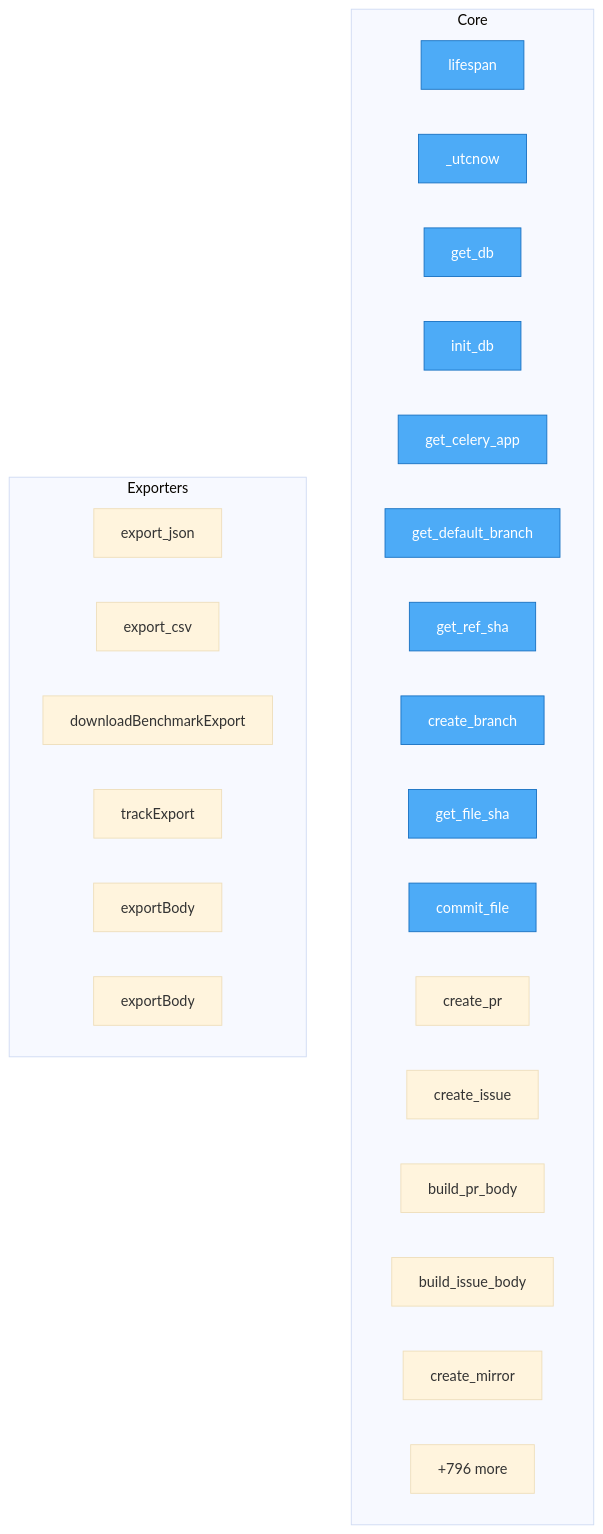
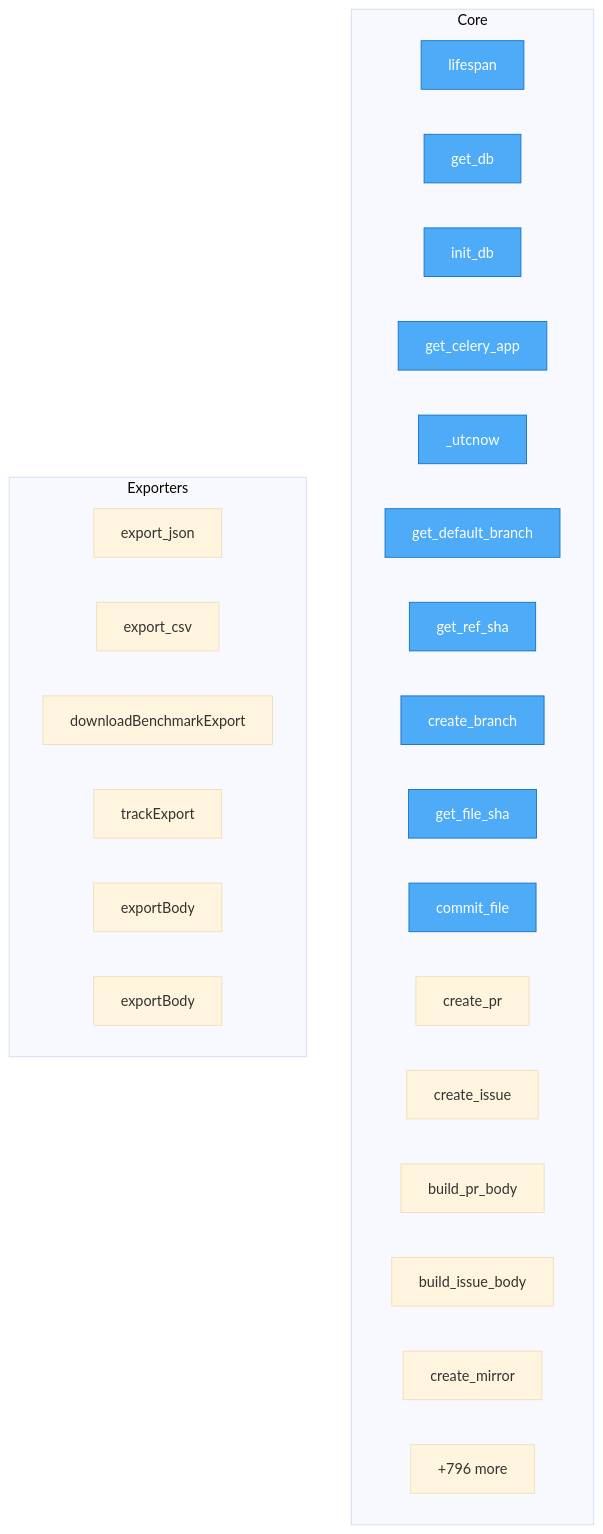
Before and after one commit to semcod/www: the diagram in project/flow.mmd, drawn with Mermaid (base theme). The commit also changed 11 other files, not shown here.

```diff
--- a/project/flow.mmd
+++ b/project/flow.mmd
@@ -1,34 +1,34 @@
 flowchart TD
 
     %% Entry points (blue)
     classDef entry fill:#4dabf7,stroke:#1971c2,color:#fff
 
     subgraph Core
         backend__server__lifespan["lifespan"]
-        backend__db_models___utcnow["_utcnow"]
         backend__db_session__get_db["get_db"]
         backend__db_session__init_db["init_db"]
         backend__worker__get_celery_app["get_celery_app"]
+        backend__db_models___utcnow["_utcnow"]
         backend__services__autopr_helpers__BranchManager__get_default_branch["get_default_branch"]
         backend__services__autopr_helpers__BranchManager__get_ref_sha["get_ref_sha"]
         backend__services__autopr_helpers__BranchManager__create_branch["create_branch"]
         backend__services__autopr_helpers__PatchApplier__get_file_sha["get_file_sha"]
         backend__services__autopr_helpers__PatchApplier__commit_file["commit_file"]
         backend__services__autopr_helpers__PRCreator__create_pr["create_pr"]
         backend__services__autopr_helpers__PRCreator__create_issue["create_issue"]
         backend__services__autopr_helpers__PRCreator__build_pr_body["build_pr_body"]
         backend__services__autopr_helpers__PRCreator__build_issue_body["build_issue_body"]
         backend__services__mirror__MirrorService__create_mirror["create_mirror"]
         ...["+796 more"]
     end
 
     subgraph Exporters
         backend__routers__benchmark__export_json["export_json"]
         backend__routers__benchmark__export_csv["export_csv"]
         frontend__src__api__downloadBenchmarkExport["downloadBenchmarkExport"]
         frontend__src__hooks__useBenchmarkTracking__trackExport["trackExport"]
         frontend__e2e__benchmark__spec__exportBody["exportBody"]
         frontend__e2e__system_integration__spec__exportBody["exportBody"]
     end
 
-    class backend__server__lifespan,backend__db_models___utcnow,backend__db_session__get_db,backend__db_session__init_db,backend__worker__get_celery_app,backend__services__autopr_helpers__BranchManager__get_default_branch,backend__services__autopr_helpers__BranchManager__get_ref_sha,backend__services__autopr_helpers__BranchManager__create_branch,backend__services__autopr_helpers__PatchApplier__get_file_sha,backend__services__autopr_helpers__PatchApplier__commit_file entry
+    class backend__server__lifespan,backend__db_session__get_db,backend__db_session__init_db,backend__worker__get_celery_app,backend__db_models___utcnow,backend__services__autopr_helpers__BranchManager__get_default_branch,backend__services__autopr_helpers__BranchManager__get_ref_sha,backend__services__autopr_helpers__BranchManager__create_branch,backend__services__autopr_helpers__PatchApplier__get_file_sha,backend__services__autopr_helpers__PatchApplier__commit_file entry
```
